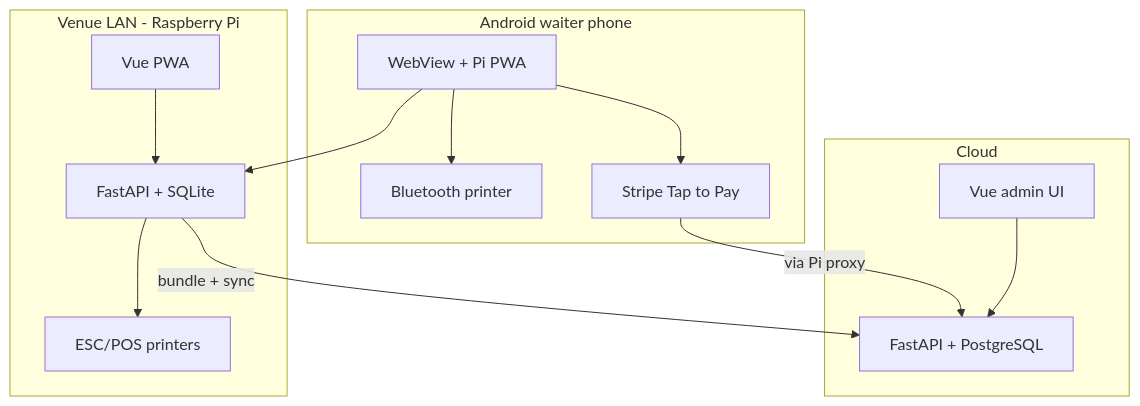
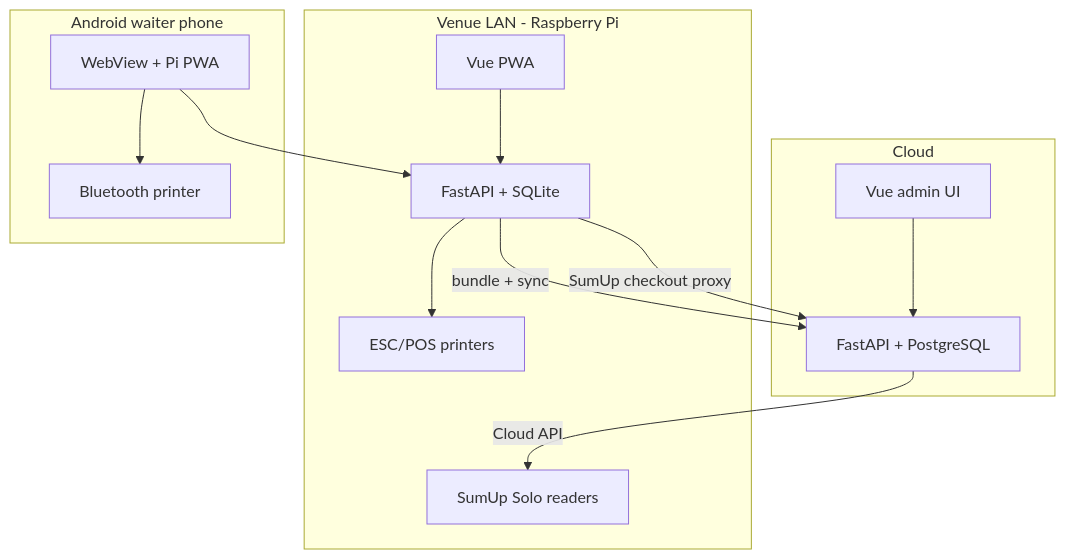
One commit to osswald/order-platform changed the diagram in README.md. Above: the diagram before and after it, drawn with Mermaid. The commit also changed other lines of this file and 153 other files, not shown here.

First line of the commit message:
Replace Stripe Terminal with SumUp Cloud API.

````diff
--- a/README.md
+++ b/README.md
@@ -5,28 +5,28 @@
 ```mermaid
 flowchart TB
   subgraph cloud [Cloud]
     AdminUI[Vue admin UI]
     CloudAPI[FastAPI + PostgreSQL]
     AdminUI --> CloudAPI
   end
 
   subgraph venue [Venue LAN - Raspberry Pi]
     PiPWA[Vue PWA]
     PiAPI[FastAPI + SQLite]
     Printers[ESC/POS printers]
+    Solo[SumUp Solo readers]
     PiPWA --> PiAPI
     PiAPI --> Printers
   end
 
   subgraph android [Android waiter phone]
     WebView[WebView + Pi PWA]
     BTPrinter[Bluetooth printer]
-    TapToPay[Stripe Tap to Pay]
     WebView --> PiAPI
     WebView --> BTPrinter
-    WebView --> TapToPay
   end
 
   PiAPI -->|bundle + sync| CloudAPI
-  TapToPay -->|via Pi proxy| CloudAPI
+  PiAPI -->|SumUp checkout proxy| CloudAPI
+  CloudAPI -->|Cloud API| Solo
 ```
````
